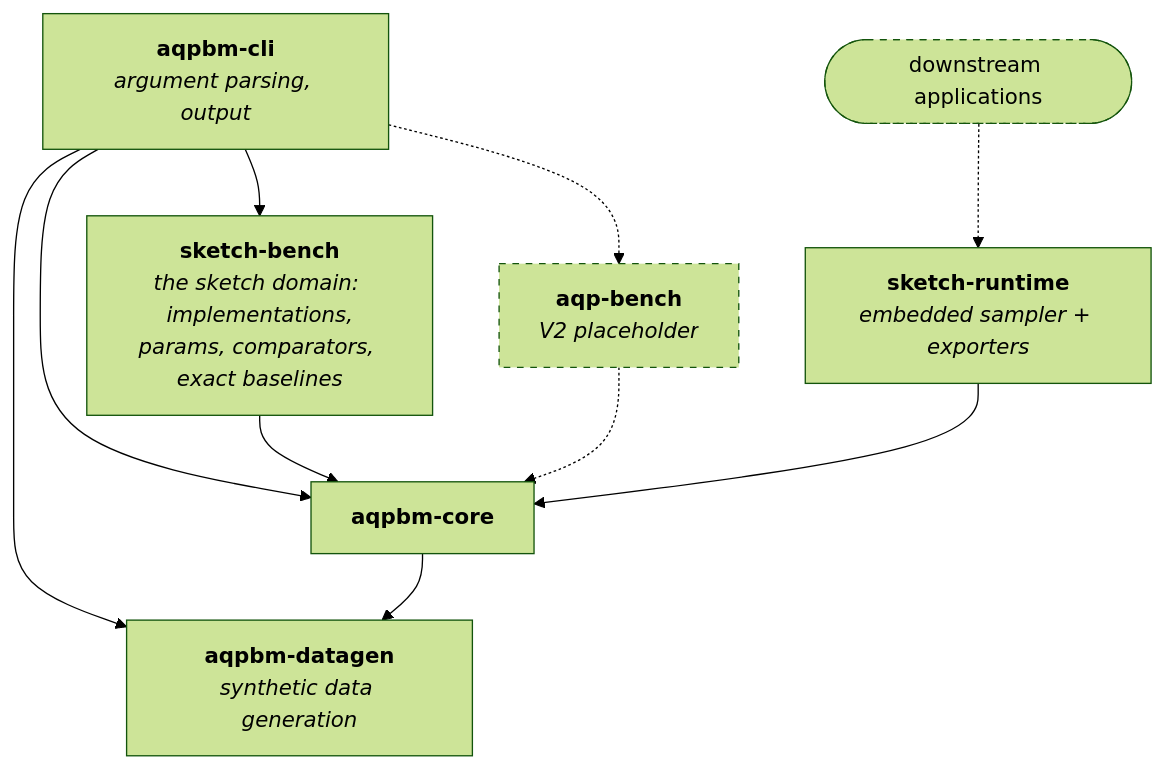
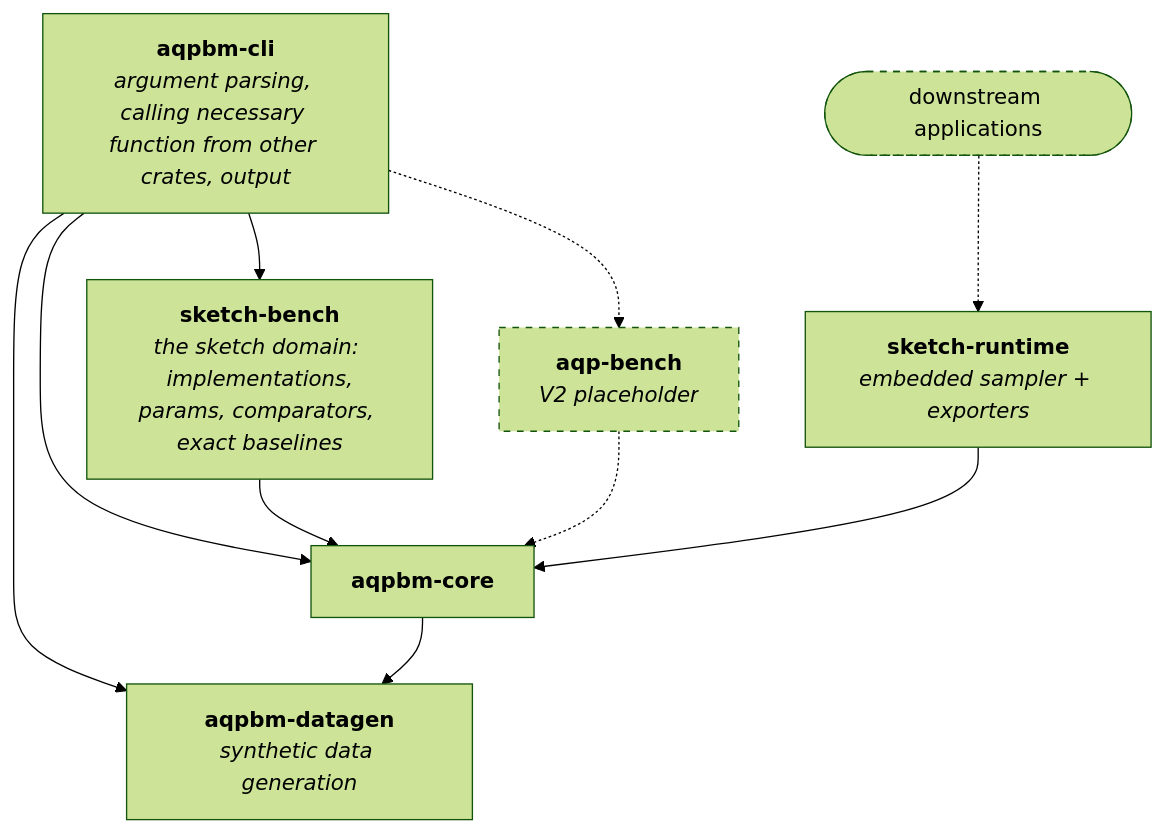
One commit to ProjectASAP/sketch-bench changed the diagram in docs/component_walk_through.md. Above: the diagram before and after it, drawn with Mermaid (forest theme). The commit also changed other lines of this file and 7 other files, not shown here.

````diff
--- a/docs/component_walk_through.md
+++ b/docs/component_walk_through.md
@@ -30,29 +30,29 @@
 ```mermaid
 flowchart TB
-        cli["<b>aqpbm-cli</b><br/><i>argument parsing, output</i>"]
+        cli["<b>aqpbm-cli</b><br/><i>argument parsing, calling necessary function from other crates, output</i>"]
 
         sb["<b>sketch-bench</b><br/><i>the sketch domain: implementations,<br/>params, comparators, exact baselines</i>"]
         ab["<b>aqp-bench</b><br/><i>V2 placeholder</i>"]
 
         core["<b>aqpbm-core</b>"]
         dg["<b>aqpbm-datagen</b><br/><i>synthetic data generation</i>"]
 
     rt["<b>sketch-runtime</b><br/><i>embedded sampler + exporters</i>"]
     app(["downstream applications"])
 
     cli --> sb
     cli --> core
     cli --> dg
     cli -.-> ab
 
     sb --> core
     ab -.-> core
 
     rt --> core
     app -.-> rt
 
     core --> dg
 
     classDef future stroke-dasharray: 5 5
     class ab,app future
 ```
````
